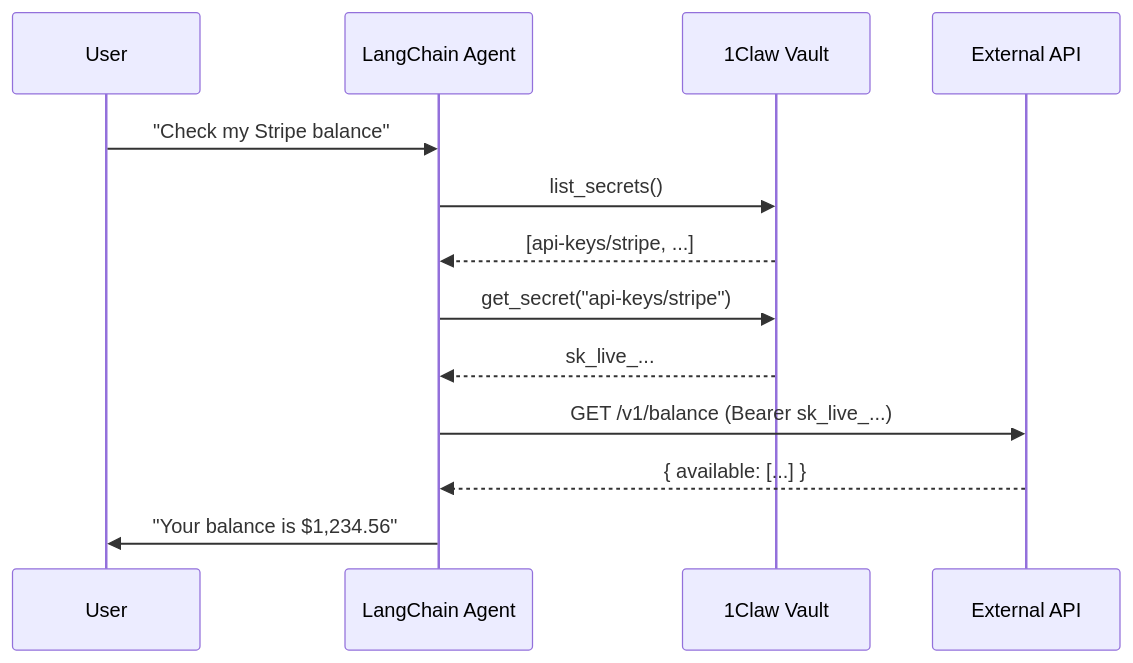
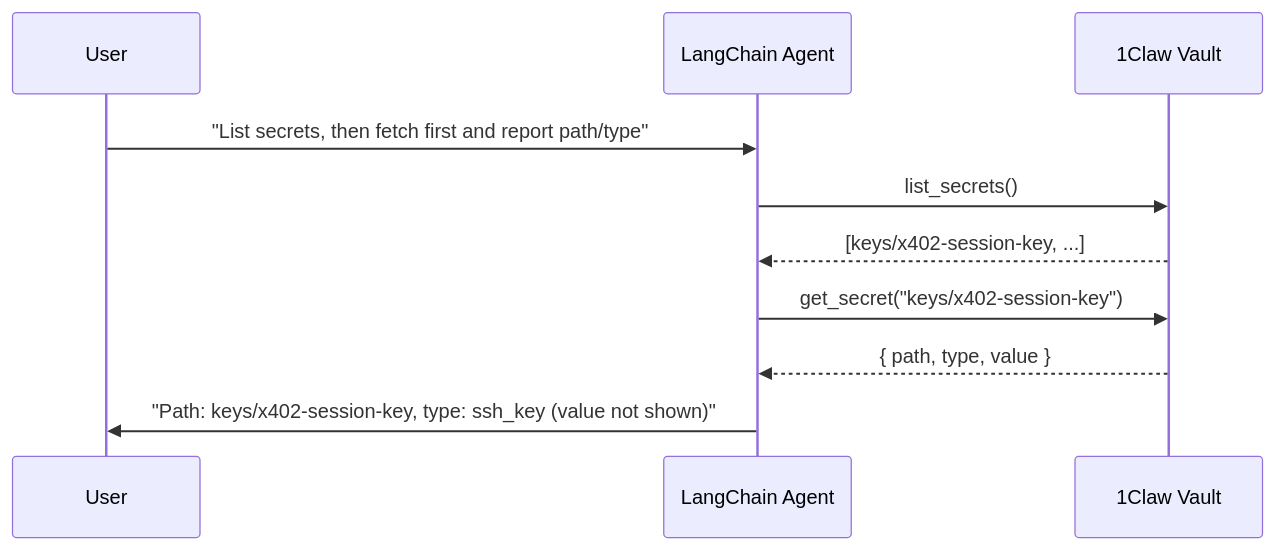
The diagram in langchain-agent/README.md (1clawAI/1claw-examples), drawn with Mermaid before and after one commit. The commit also changed other lines of this file and 4 other files, not shown here.

Commit message:
langchain-agent: fix README, simplify demo (fetch first secret, report path/type only), add Gemini

````diff
--- a/langchain-agent/README.md
+++ b/langchain-agent/README.md
@@ -11,16 +11,13 @@
 ```mermaid
 sequenceDiagram
     participant User
     participant Agent as LangChain Agent
     participant Vault as 1Claw Vault
-    participant Stripe as External API
 
-    User->>Agent: "Check my Stripe balance"
+    User->>Agent: "List secrets, then fetch first and report path/type"
     Agent->>Vault: list_secrets()
-    Vault-->>Agent: [api-keys/stripe, ...]
-    Agent->>Vault: get_secret("api-keys/stripe")
-    Vault-->>Agent: sk_live_...
-    Agent->>Stripe: GET /v1/balance (Bearer sk_live_...)
-    Stripe-->>Agent: { available: [...] }
-    Agent->>User: "Your balance is $1,234.56"
+    Vault-->>Agent: [keys/x402-session-key, ...]
+    Agent->>Vault: get_secret("keys/x402-session-key")
+    Vault-->>Agent: { path, type, value }
+    Agent->>User: "Path: keys/x402-session-key, type: ssh_key (value not shown)"
 ```
````
